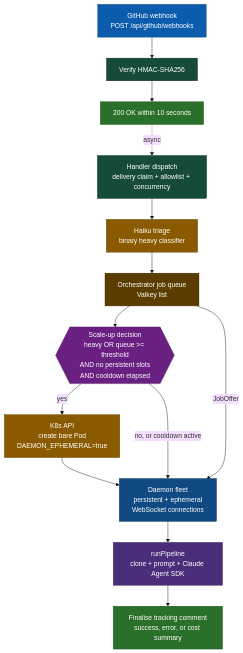
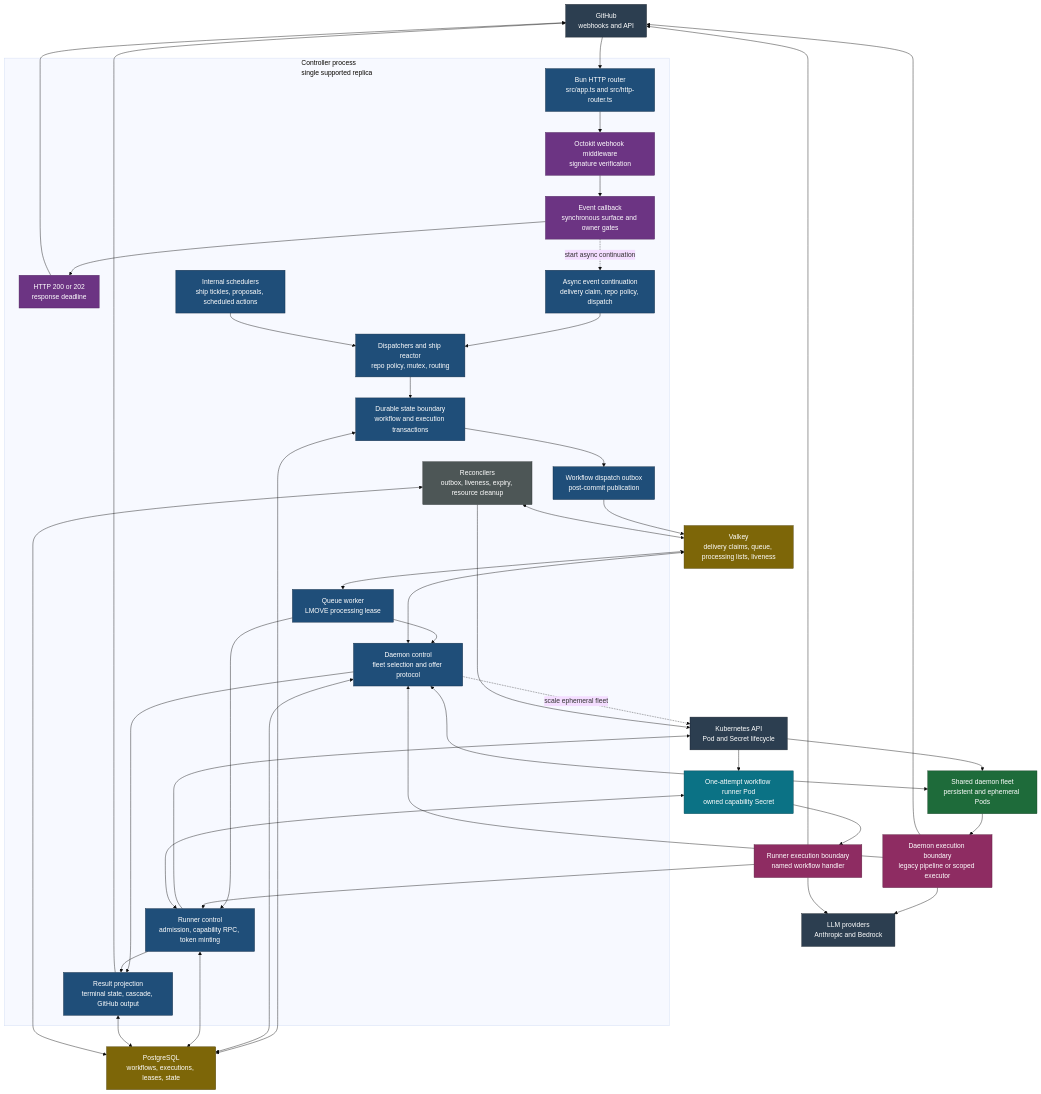
One commit to chrisleekr/github-app changed the first of 4 diagrams in docs/build/architecture.md. Above: the diagram before and after it, drawn with Mermaid (base theme). The commit also changed other lines of this file and 76 other files, not shown here.

Commit message:
feat(runner): isolate structured workflows in one-attempt Kubernetes Pods (#292)

````diff
--- a/docs/build/architecture.md
+++ b/docs/build/architecture.md
@@ -7,36 +7,70 @@
 ```mermaid
-flowchart TD
-    GH["GitHub webhook<br/>POST /api/github/webhooks"]:::entry
-    VERIFY["Verify HMAC-SHA256"]:::guard
-    ACK["200 OK within 10 seconds"]:::ack
-    ROUTE["Handler dispatch<br/>delivery claim + allowlist + concurrency"]:::guard
-    TR["Haiku triage<br/>binary heavy classifier"]:::decide
-    QUEUE["Orchestrator job queue<br/>Valkey list"]:::store
-    SCALE{{"Scale-up decision<br/>heavy OR queue >= threshold<br/>AND no persistent slots<br/>AND cooldown elapsed"}}:::fork
-    SPAWN["K8s API<br/>create bare Pod<br/>DAEMON_EPHEMERAL=true"]:::decide
-    FLEET["Daemon fleet<br/>persistent + ephemeral<br/>WebSocket connections"]:::target
-    PIPE["runPipeline<br/>clone + prompt + Claude Agent SDK"]:::work
-    FIN["Finalise tracking comment<br/>success, error, or cost summary"]:::done
+flowchart TB
+    GitHub["GitHub<br/>webhooks and API"]:::external
+    Postgres["PostgreSQL<br/>workflows, executions, leases, state"]:::store
+    Valkey["Valkey<br/>delivery claims, queue, processing lists, liveness"]:::store
+    Kubernetes["Kubernetes API<br/>Pod and Secret lifecycle"]:::external
+    Providers["LLM providers<br/>Anthropic and Bedrock"]:::external
 
-    GH --> VERIFY --> ACK
-    ACK -. async .-> ROUTE
-    ROUTE --> TR
-    TR --> QUEUE
-    QUEUE --> SCALE
-    SCALE -->|yes| SPAWN
-    SPAWN --> FLEET
-    SCALE -->|no, or cooldown active| FLEET
-    QUEUE -->|JobOffer| FLEET
-    FLEET --> PIPE
-    PIPE --> FIN
+    subgraph ControllerProcess["Controller process<br/>single supported replica"]
+        HttpIngress["Bun HTTP router<br/>src/app.ts and src/http-router.ts"]:::control
+        WebhookAdmission["Octokit webhook middleware<br/>signature verification"]:::guard
+        EventCallback["Event callback<br/>synchronous surface and owner gates"]:::guard
+        HttpResponse["HTTP 200 or 202<br/>response deadline"]:::guard
+        WebhookContinuation["Async event continuation<br/>delivery claim, repo policy, dispatch"]:::control
+        SchedulerSources["Internal schedulers<br/>ship tickles, proposals, scheduled actions"]:::control
+        DispatchControl["Dispatchers and ship reactor<br/>repo policy, mutex, routing"]:::control
+        DurableCommit["Durable state boundary<br/>workflow and execution transactions"]:::control
+        DispatchOutbox["Workflow dispatch outbox<br/>post-commit publication"]:::control
+        QueueWorker["Queue worker<br/>LMOVE processing lease"]:::control
+        DaemonControl["Daemon control<br/>fleet selection and offer protocol"]:::control
+        RunnerControl["Runner control<br/>admission, capability RPC, token minting"]:::control
+        ResultProjection["Result projection<br/>terminal state, cascade, GitHub output"]:::control
+        Reconciliation["Reconcilers<br/>outbox, liveness, expiry, resource cleanup"]:::recovery
+    end
 
-    classDef entry fill:#0b5cad,stroke:#083e74,color:#ffffff
-    classDef guard fill:#164a3a,stroke:#0d2c24,color:#ffffff
-    classDef ack fill:#2a6f2a,stroke:#1a4d1a,color:#ffffff
-    classDef decide fill:#8a5a00,stroke:#5c3d00,color:#ffffff
-    classDef fork fill:#6a2080,stroke:#451454,color:#ffffff
-    classDef target fill:#114a82,stroke:#0a2f56,color:#ffffff
-    classDef work fill:#4a2e7a,stroke:#311f50,color:#ffffff
-    classDef store fill:#5c3d00,stroke:#3d2900,color:#ffffff
-    classDef done fill:#2a6f2a,stroke:#1a4d1a,color:#ffffff
+    DaemonFleet["Shared daemon fleet<br/>persistent and ephemeral Pods"]:::daemon
+    DaemonExecution["Daemon execution boundary<br/>legacy pipeline or scoped executor"]:::work
+    RunnerPod["One-attempt workflow runner Pod<br/>owned capability Secret"]:::runner
+    RunnerExecution["Runner execution boundary<br/>named workflow handler"]:::work
+
+    GitHub --> HttpIngress --> WebhookAdmission --> EventCallback --> HttpResponse --> GitHub
+    EventCallback -.->|"start async continuation"| WebhookContinuation --> DispatchControl
+    SchedulerSources --> DispatchControl
+    DispatchControl --> DurableCommit
+    DurableCommit <--> Postgres
+    DurableCommit --> DispatchOutbox --> Valkey
+    Valkey <--> QueueWorker
+    QueueWorker --> DaemonControl
+    QueueWorker --> RunnerControl
+    DaemonControl <--> Postgres
+    DaemonControl <--> Valkey
+    RunnerControl <--> Postgres
+    DaemonControl <--> DaemonFleet
+    DaemonControl -.->|"scale ephemeral fleet"| Kubernetes
+    Kubernetes --> DaemonFleet
+    RunnerControl --> Kubernetes --> RunnerPod
+    RunnerControl <--> RunnerPod
+    DaemonFleet --> DaemonExecution
+    RunnerPod --> RunnerExecution
+    DaemonExecution --> GitHub
+    RunnerExecution --> GitHub
+    DaemonExecution --> Providers
+    RunnerExecution --> Providers
+    DaemonExecution --> DaemonControl --> ResultProjection
+    RunnerExecution --> RunnerControl --> ResultProjection
+    ResultProjection <--> Postgres
+    ResultProjection --> GitHub
+    Reconciliation <--> Postgres
+    Reconciliation <--> Valkey
+    Reconciliation --> Kubernetes
+
+    classDef external fill:#2c3e50,stroke:#17202a,color:#ffffff
+    classDef guard fill:#6c3483,stroke:#4a235a,color:#ffffff
+    classDef control fill:#1f4e79,stroke:#102a43,color:#ffffff
+    classDef store fill:#7d6608,stroke:#4d3f05,color:#ffffff
+    classDef daemon fill:#1e6b3a,stroke:#0f3d21,color:#ffffff
+    classDef runner fill:#0b7285,stroke:#064653,color:#ffffff
+    classDef work fill:#8e2c62,stroke:#571b3c,color:#ffffff
+    classDef recovery fill:#4d5656,stroke:#2c3333,color:#ffffff
 ```
````
